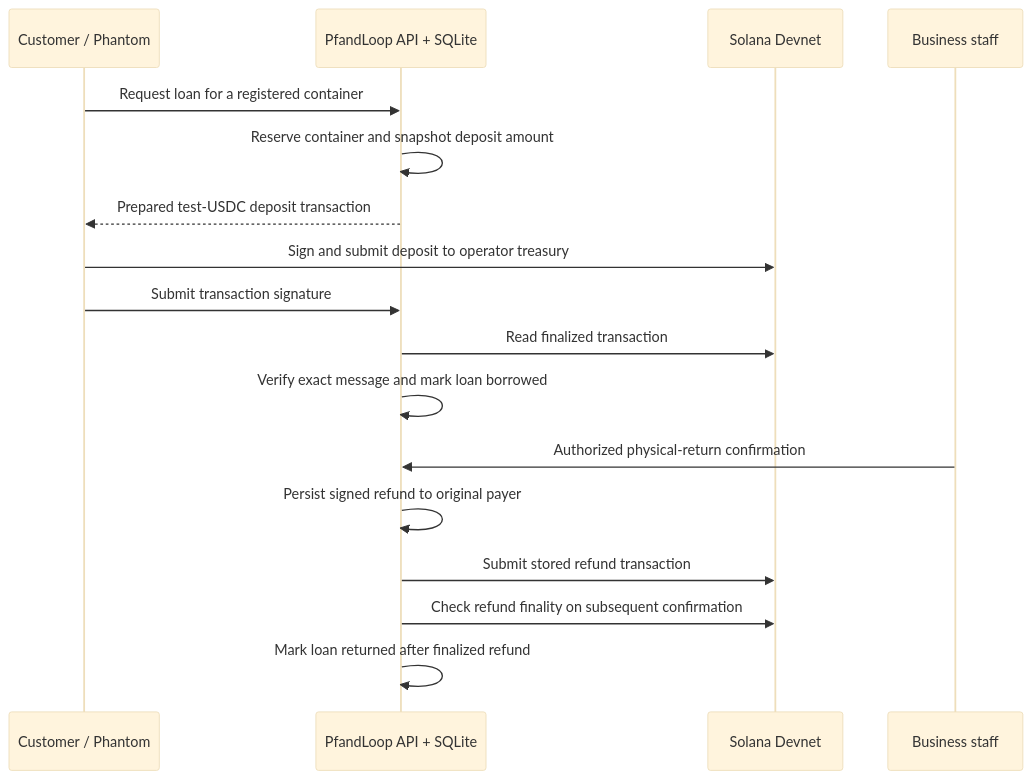
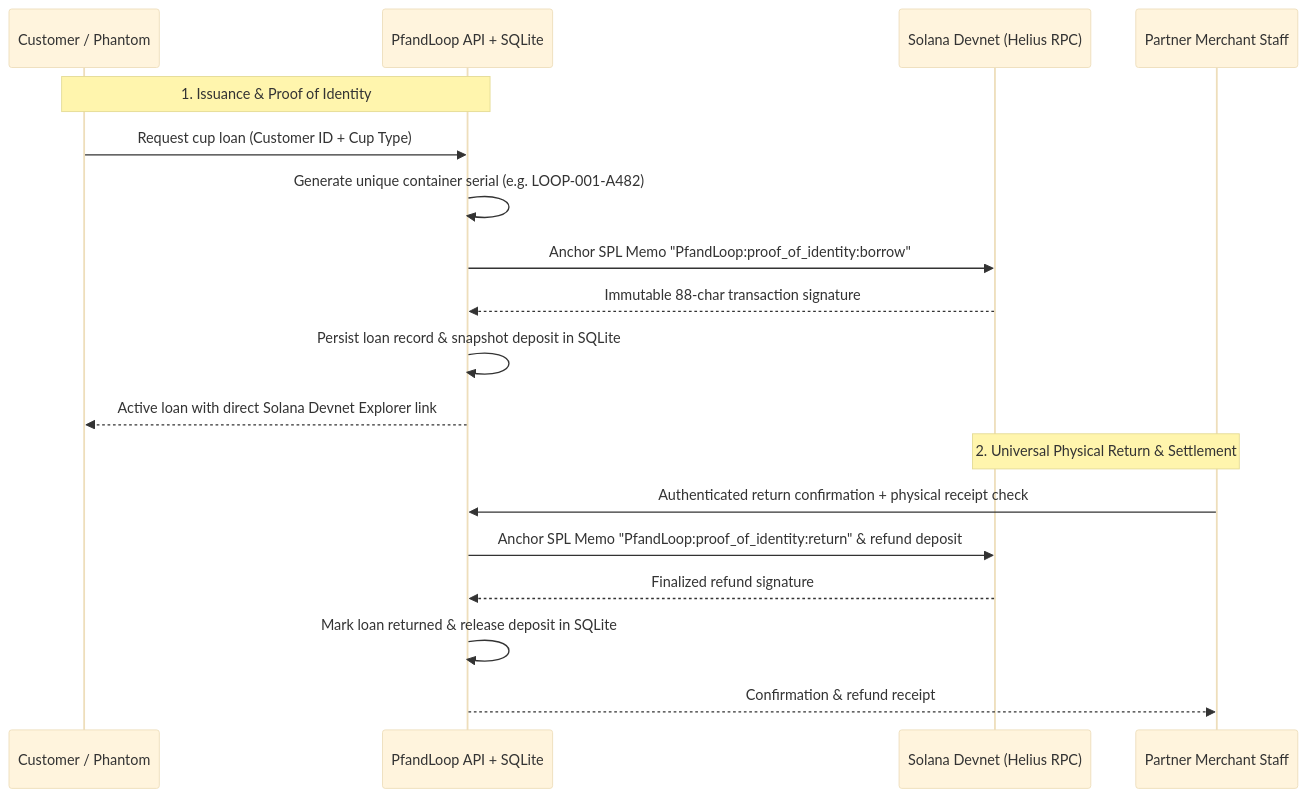
The diagram in introduction.md (blitzlive/SolanaChallange2026), drawn with Mermaid (base theme) before and after one commit. The commit also changed other lines of this file and 30 other files, not shown here.

Commit message:
feat: complete MVP dashboard, merchant station, Solana memo integration, English metadata and visual README

````diff
--- a/introduction.md
+++ b/introduction.md
@@ -103,19 +104,22 @@
 ```mermaid
 sequenceDiagram
   participant C as Customer / Phantom
   participant A as PfandLoop API + SQLite
-  participant S as Solana Devnet
-  participant B as Business staff
-  C->>A: Request loan for a registered container
-  A->>A: Reserve container and snapshot deposit amount
-  A-->>C: Prepared test-USDC deposit transaction
-  C->>S: Sign and submit deposit to operator treasury
-  C->>A: Submit transaction signature
-  A->>S: Read finalized transaction
-  A->>A: Verify exact message and mark loan borrowed
-  B->>A: Authorized physical-return confirmation
-  A->>A: Persist signed refund to original payer
-  A->>S: Submit stored refund transaction
-  A->>S: Check refund finality on subsequent confirmation
-  A->>A: Mark loan returned after finalized refund
+  participant S as Solana Devnet (Helius RPC)
+  participant B as Partner Merchant Staff
+  
+  Note over C,A: 1. Issuance & Proof of Identity
+  C->>A: Request cup loan (Customer ID + Cup Type)
+  A->>A: Generate unique container serial (e.g. LOOP-001-A482)
+  A->>S: Anchor SPL Memo "PfandLoop:proof_of_identity:borrow"
+  S-->>A: Immutable 88-char transaction signature
+  A->>A: Persist loan record & snapshot deposit in SQLite
+  A-->>C: Active loan with direct Solana Devnet Explorer link
+  
+  Note over B,S: 2. Universal Physical Return & Settlement
+  B->>A: Authenticated return confirmation + physical receipt check
+  A->>S: Anchor SPL Memo "PfandLoop:proof_of_identity:return" & refund deposit
+  S-->>A: Finalized refund signature
+  A->>A: Mark loan returned & release deposit in SQLite
+  A-->>B: Confirmation & refund receipt
 ```
````
